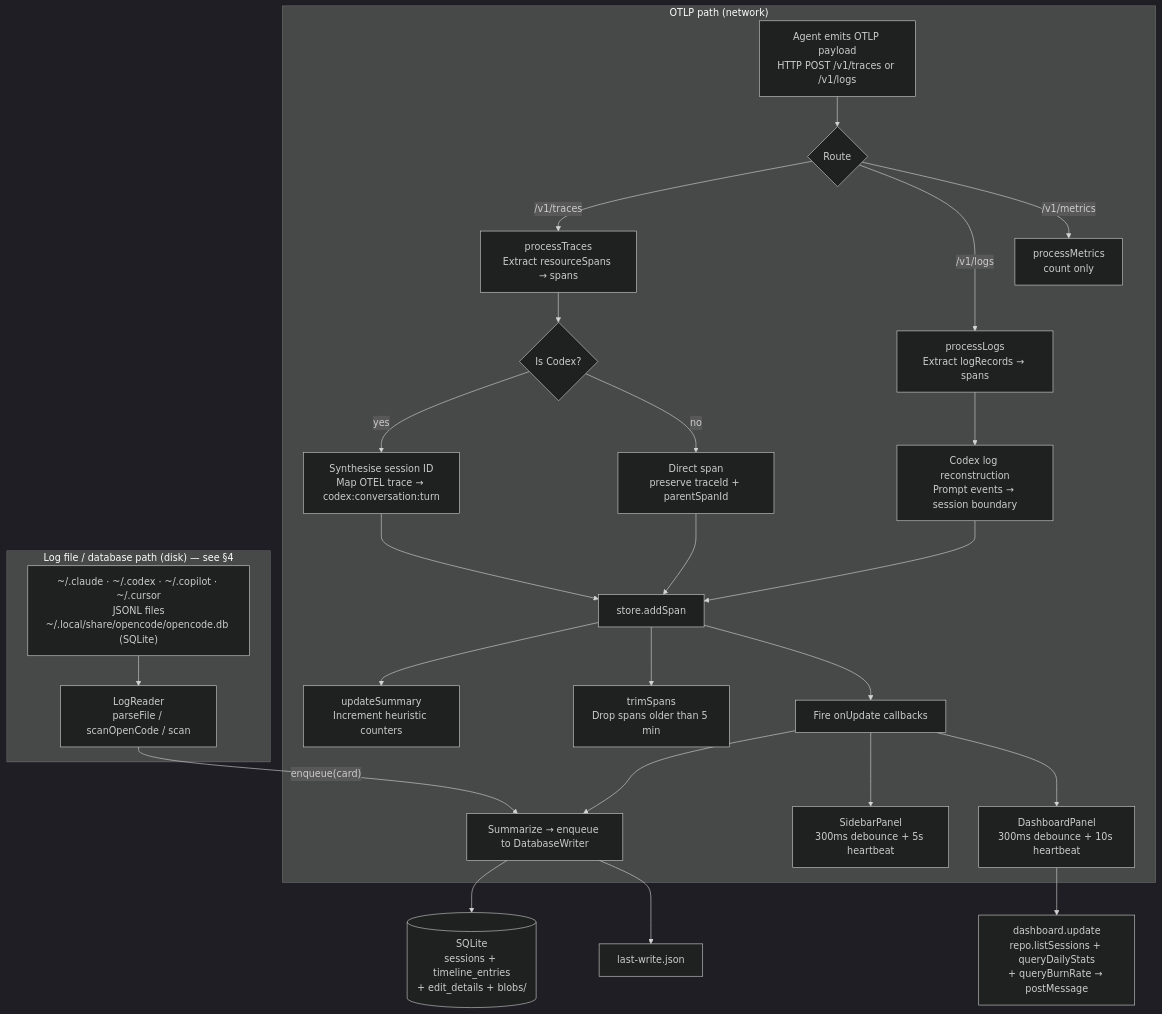
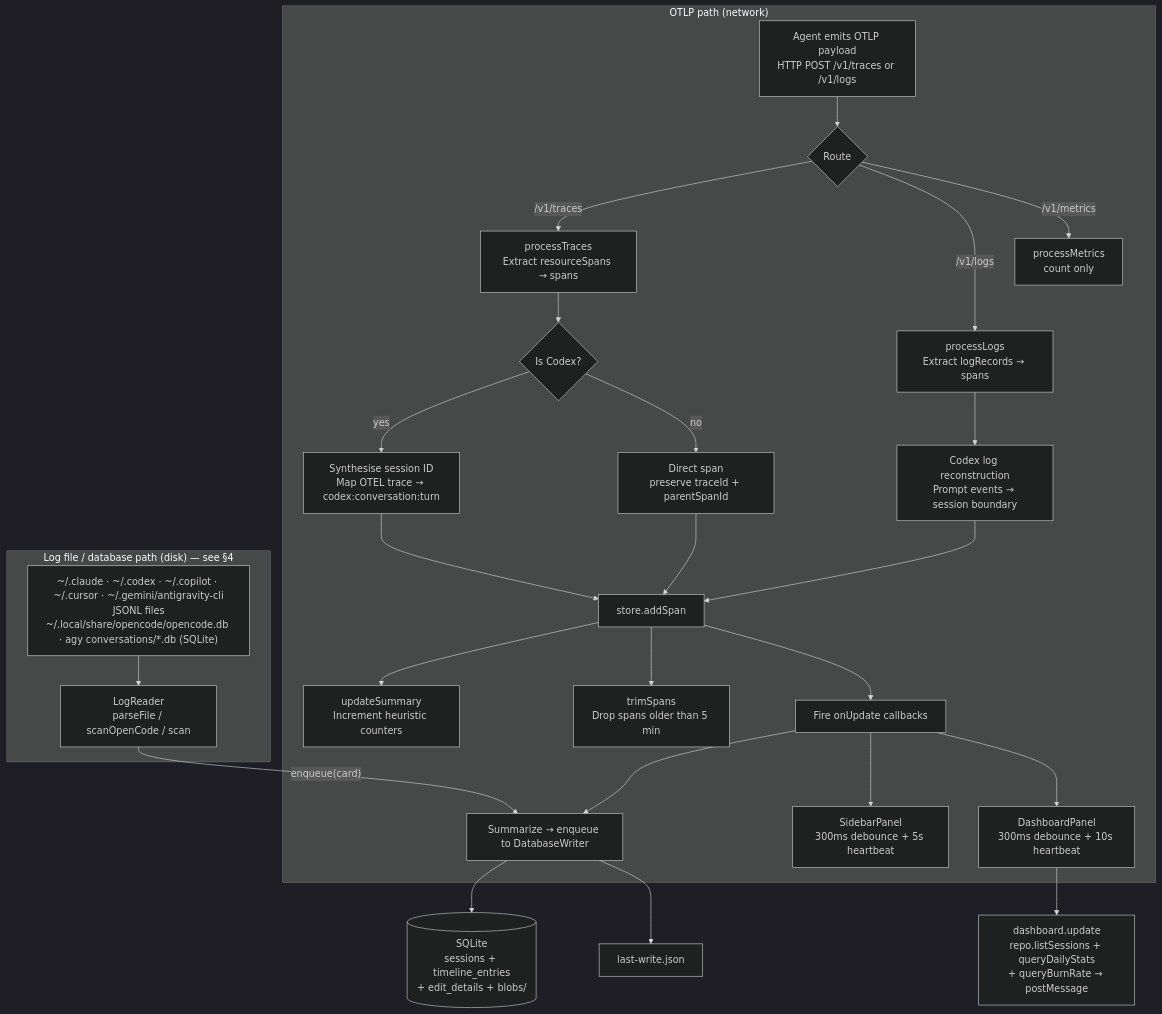
Before and after one commit to traceroost/core: the third of 20 diagrams in ARCHITECTURE.md, drawn with Mermaid (dark theme). The commit also changed other lines of this file and 61 other files, not shown here.

First line of the commit message:
Antigravity (Google's agy CLI): a best-effort, files-only adapter

````diff
--- a/ARCHITECTURE.md
+++ b/ARCHITECTURE.md
@@ -160,38 +160,38 @@
 ```mermaid
 flowchart TD
     subgraph OTLP["OTLP path (network)"]
         A[Agent emits OTLP payload<br/>HTTP POST /v1/traces or /v1/logs] --> B{Route}
 
         B -- /v1/traces --> T[processTraces<br/>Extract resourceSpans → spans]
         B -- /v1/logs  --> L[processLogs<br/>Extract logRecords → spans]
         B -- /v1/metrics --> M[processMetrics<br/>count only]
 
         T --> NS{Is Codex?}
         NS -- yes --> CS[Synthesise session ID<br/>Map OTEL trace → codex:conversation:turn]
         NS -- no  --> DS[Direct span<br/>preserve traceId + parentSpanId]
 
         L --> LS[Codex log reconstruction<br/>Prompt events → session boundary]
 
         CS --> ADD[store.addSpan]
         DS --> ADD
         LS --> ADD
 
         ADD --> UPD[updateSummary<br/>Increment heuristic counters]
         ADD --> TRIM[trimSpans<br/>Drop spans older than 5 min]
         ADD --> CB[Fire onUpdate callbacks]
 
         CB --> WRITE[Summarize → enqueue to DatabaseWriter]
         CB --> SID_CB[SidebarPanel<br/>300ms debounce + 5s heartbeat]
         CB --> DSH_CB[DashboardPanel<br/>300ms debounce + 10s heartbeat]
     end
 
     subgraph LOGS["Log file / database path (disk) — see §4"]
-        LF["~/.claude · ~/.codex · ~/.copilot · ~/.cursor<br/>JSONL files<br/>~/.local/share/opencode/opencode.db (SQLite)"] --> LR[LogReader<br/>parseFile / scanOpenCode / scan]
+        LF["~/.claude · ~/.codex · ~/.copilot · ~/.cursor · ~/.gemini/antigravity-cli<br/>JSONL files<br/>~/.local/share/opencode/opencode.db · agy conversations/*.db (SQLite)"] --> LR[LogReader<br/>parseFile / scanOpenCode / scan]
         LR -- "enqueue(card)" --> WRITE
     end
 
     WRITE --> SQLITE[(SQLite<br/>sessions + timeline_entries<br/>+ edit_details + blobs/)]
     WRITE --> SIG[last-write.json]
 
     DSH_CB --> DSH_U[dashboard.update<br/>repo.listSessions + queryDailyStats<br/>+ queryBurnRate → postMessage]
 ```
````
